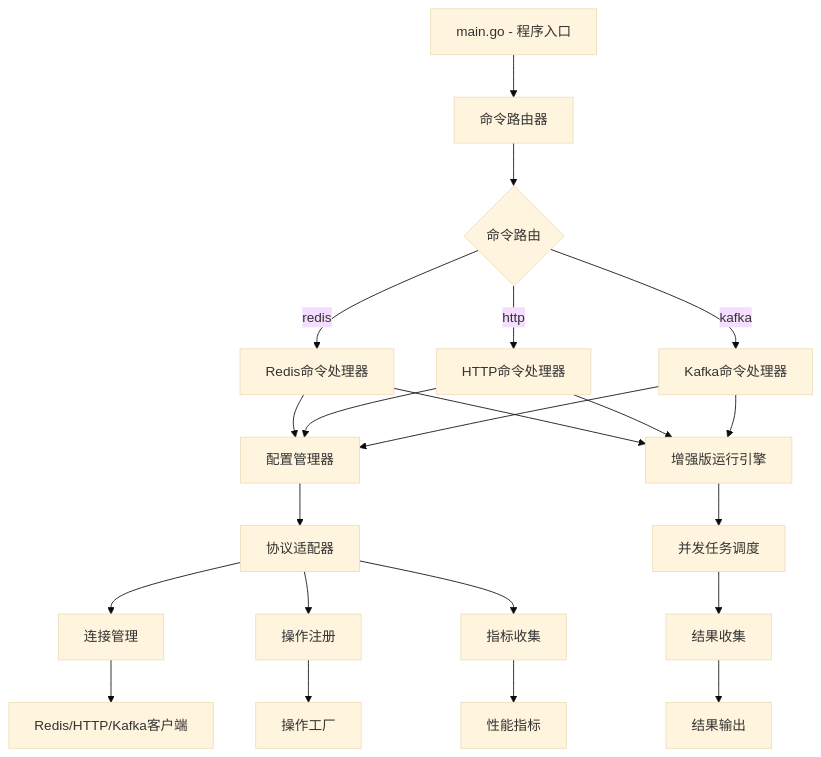
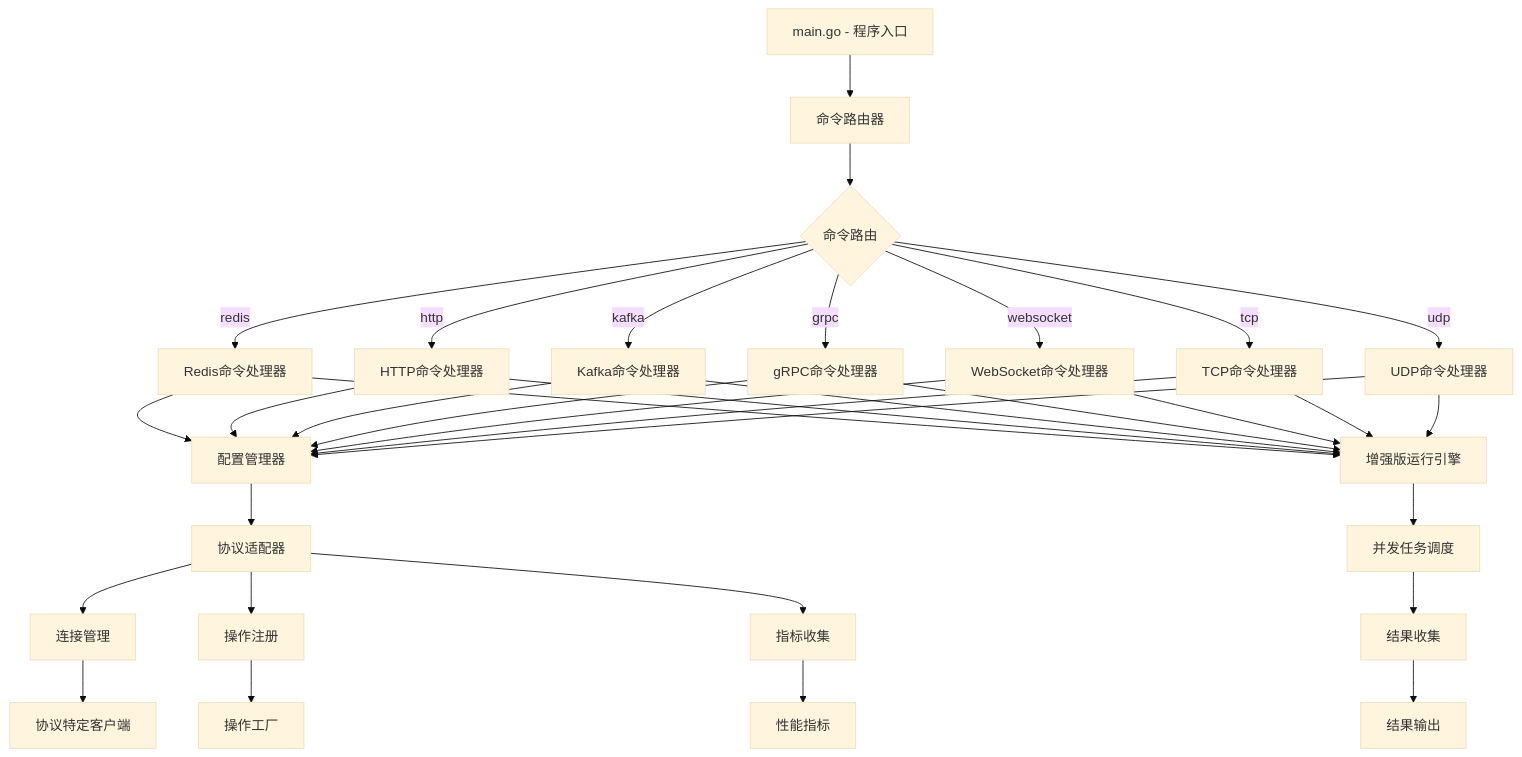
The first of 3 diagrams in docs/zh/architecture/overview.md (inRemark/abc-runner), drawn with Mermaid (base theme) before and after one commit. The commit also changed other lines of this file and 21 other files, not shown here.

````diff
--- a/docs/zh/architecture/overview.md
+++ b/docs/zh/architecture/overview.md
@@ -9,24 +9,36 @@
 ```mermaid
 graph TD
     A[main.go - 程序入口] --> B[命令路由器]
     B --> C{命令路由}
     C --> |redis| D[Redis命令处理器]
     C --> |http| E[HTTP命令处理器]
     C --> |kafka| F[Kafka命令处理器]
-    D --> G[配置管理器]
-    E --> G
-    F --> G
-    G --> H[协议适配器]
-    H --> I[连接管理]
-    H --> J[操作注册]
-    H --> K[指标收集]
-    I --> L[Redis/HTTP/Kafka客户端]
-    J --> M[操作工厂]
-    K --> N[性能指标]
-    D --> O[增强版运行引擎]
-    E --> O
-    F --> O
-    O --> P[并发任务调度]
-    P --> Q[结果收集]
-    Q --> R[结果输出]
+    C --> |grpc| G[gRPC命令处理器]
+    C --> |websocket| H[WebSocket命令处理器]
+    C --> |tcp| I[TCP命令处理器]
+    C --> |udp| J[UDP命令处理器]
+    D --> K[配置管理器]
+    E --> K
+    F --> K
+    G --> K
+    H --> K
+    I --> K
+    J --> K
+    K --> L[协议适配器]
+    L --> M[连接管理]
+    L --> N[操作注册]
+    L --> O[指标收集]
+    M --> P[协议特定客户端]
+    N --> Q[操作工厂]
+    O --> R[性能指标]
+    D --> S[增强版运行引擎]
+    E --> S
+    F --> S
+    G --> S
+    H --> S
+    I --> S
+    J --> S
+    S --> T[并发任务调度]
+    T --> U[结果收集]
+    U --> V[结果输出]
 ```
````
